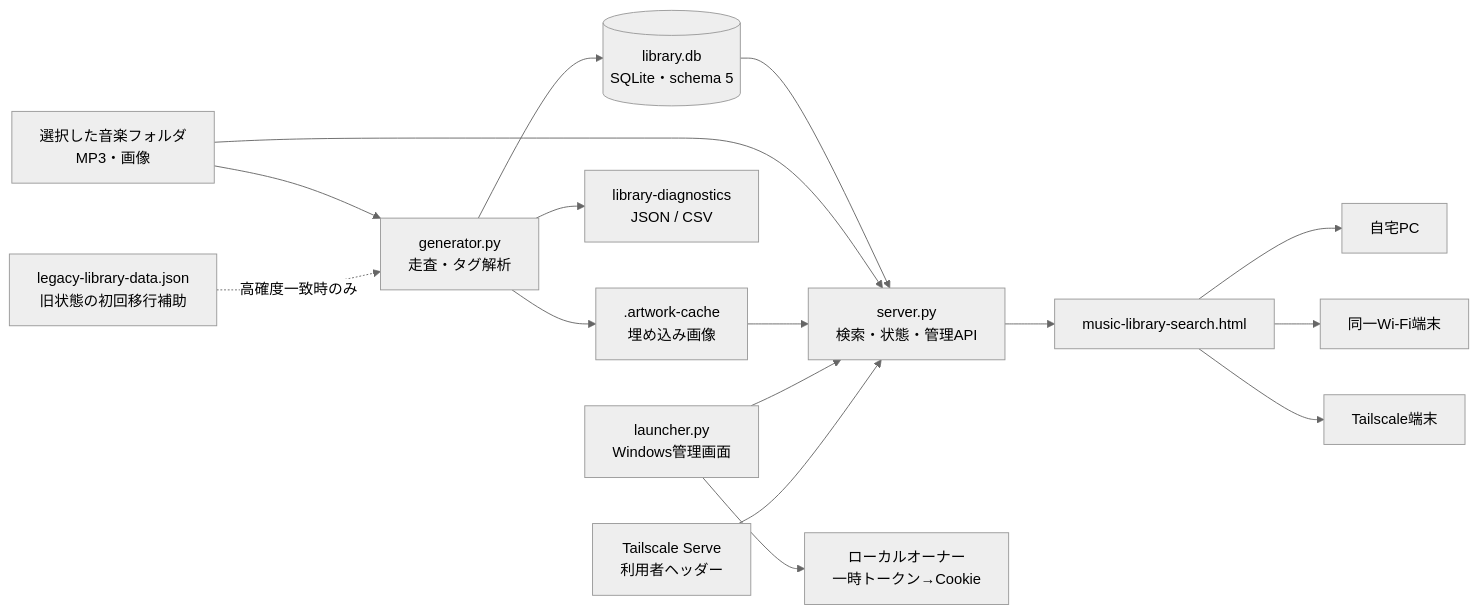
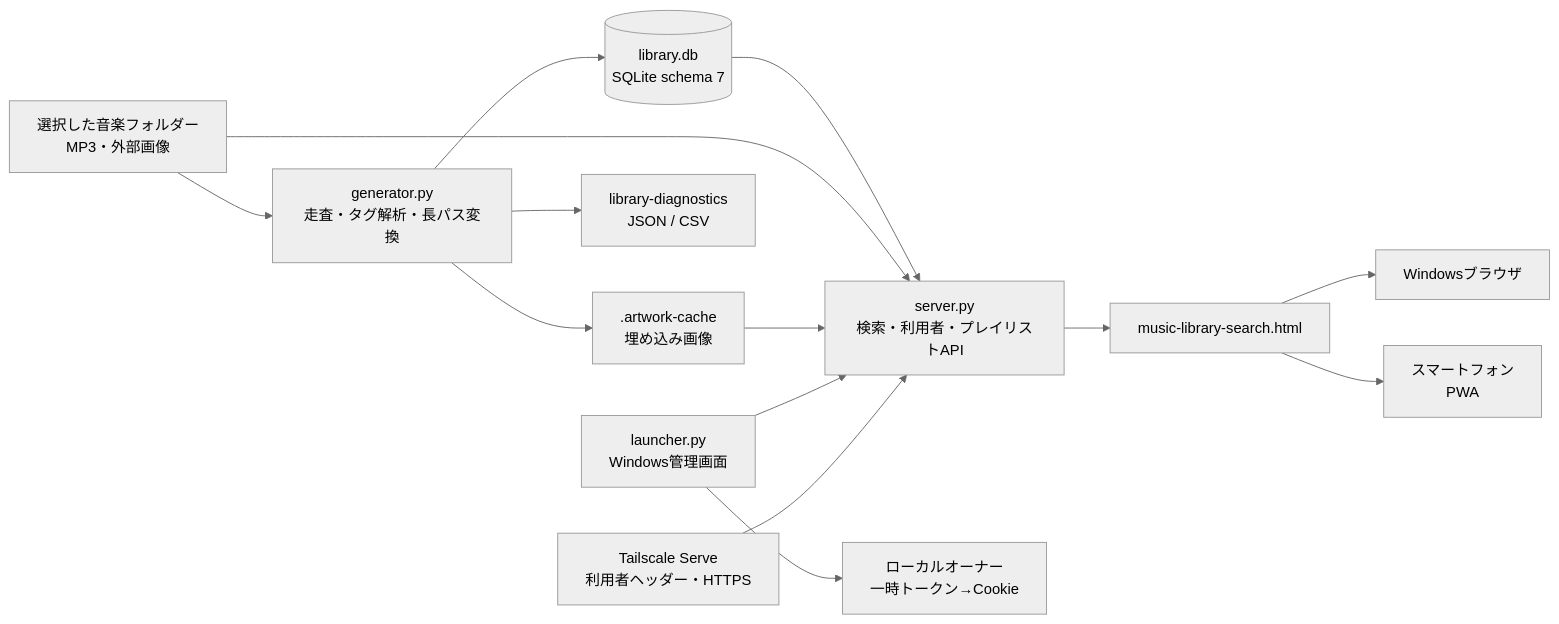
The diagram in README.md (k-systems202208/mp3-source-music-library), drawn with Mermaid (neutral theme) before and after one commit. The commit also changed other lines of this file and 39 other files, not shown here.

````diff
--- a/README.md
+++ b/README.md
@@ -52,18 +52,16 @@
 ```mermaid
 flowchart LR
-    MP3["選択した音楽フォルダ<br>MP3・画像"] --> SCAN["generator.py<br>走査・タグ解析"]
-    LEGACY["legacy-library-data.json<br>旧状態の初回移行補助"] -. 高確度一致時のみ .-> SCAN
-    SCAN --> DB[("library.db<br>SQLite・schema 5")]
+    MP3["選択した音楽フォルダー<br>MP3・外部画像"] --> SCAN["generator.py<br>走査・タグ解析・長パス変換"]
+    SCAN --> DB[("library.db<br>SQLite schema 7")]
     SCAN --> ART[".artwork-cache<br>埋め込み画像"]
     SCAN --> DIAG["library-diagnostics<br>JSON / CSV"]
-    DB --> SERVER["server.py<br>検索・状態・管理API"]
+    DB --> SERVER["server.py<br>検索・利用者・プレイリストAPI"]
     MP3 --> SERVER
     ART --> SERVER
     SERVER --> UI["music-library-search.html"]
     LAUNCHER["launcher.py<br>Windows管理画面"] --> SERVER
-    LAUNCHER --> LOCAL["ローカルオーナー<br>一時トークン→Cookie"]
-    TS["Tailscale Serve<br>利用者ヘッダー"] --> SERVER
-    UI --> PC["自宅PC"]
-    UI --> LAN["同一Wi-Fi端末"]
-    UI --> REMOTE["Tailscale端末"]
+    LAUNCHER --> OWNER["ローカルオーナー<br>一時トークン→Cookie"]
+    TS["Tailscale Serve<br>利用者ヘッダー・HTTPS"] --> SERVER
+    UI --> PC["Windowsブラウザ"]
+    UI --> PHONE["スマートフォン<br>PWA"]
 ```
````
